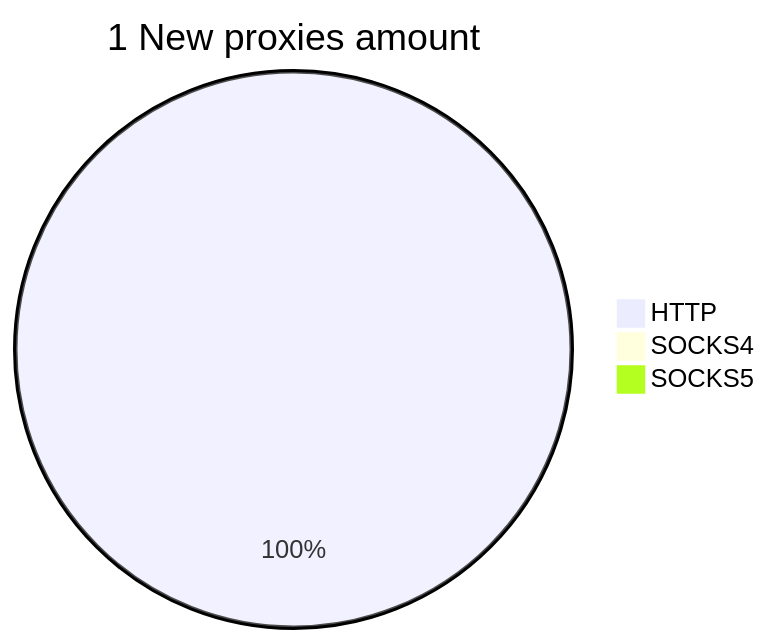
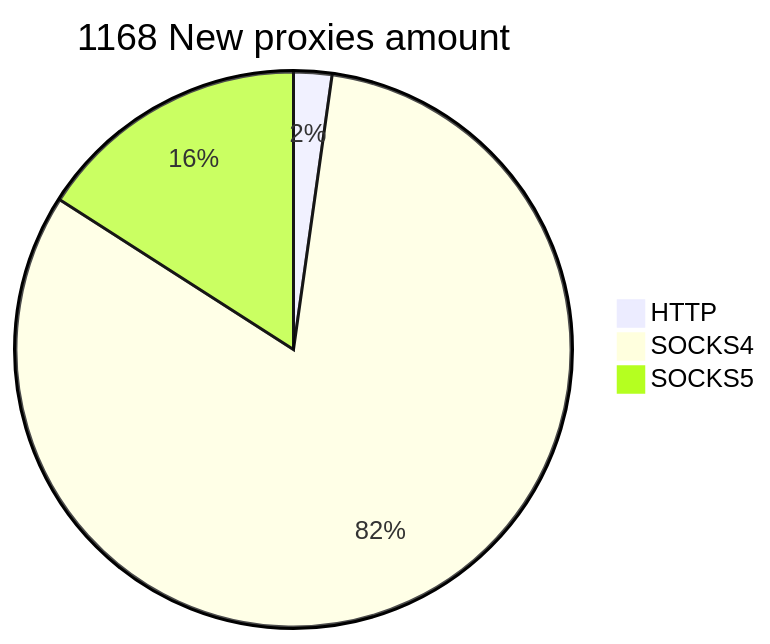
The second of 2 diagrams in README.md (cutipu/proxylist), drawn with Mermaid before and after one commit. The commit also changed other lines of this file, not shown here.

````diff
--- a/README.md
+++ b/README.md
@@ -10,6 +10,6 @@
 ```mermaid
-pie title 1 New proxies amount
-    "HTTP" : 1
-    "SOCKS4" : 0
-    "SOCKS5" : 0
+pie title 1168 New proxies amount
+    "HTTP" : 26
+    "SOCKS4" : 956
+    "SOCKS5" : 186
 ```
````
